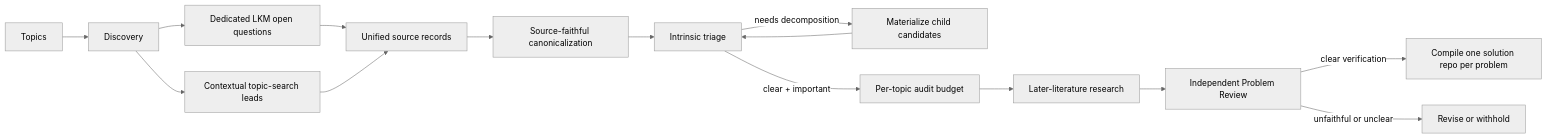
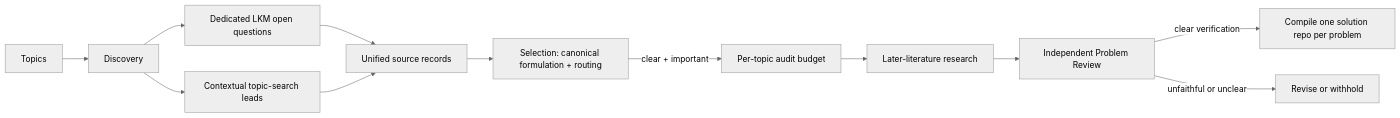
The diagram in docs/discovery-pipeline.md (kunyuan/open-research-discovery), drawn with Mermaid (neutral theme) before and after one commit. The commit also changed other lines of this file and 68 other files, not shown here.

First line of the commit message:
Simplify pipeline: merge stages, drop legacy schema-v1 and unused machinery

````diff
--- a/docs/discovery-pipeline.md
+++ b/docs/discovery-pipeline.md
@@ -8,17 +7,14 @@
 ```mermaid
 flowchart LR
     T["Topics"] --> D["Discovery"]
     D --> L["Dedicated LKM open questions"]
     D --> Q["Contextual topic-search leads"]
     L --> U["Unified source records"]
     Q --> U
-    U --> C["Source-faithful canonicalization"]
-    C --> I["Intrinsic triage"]
-    I -->|"needs decomposition"| S["Materialize child candidates"]
-    S --> I
-    I -->|"clear + important"| B["Per-topic audit budget"]
+    U --> C["Selection: canonical formulation + routing"]
+    C -->|"clear + important"| B["Per-topic audit budget"]
     B --> R["Later-literature research"]
     R --> V["Independent Problem Review"]
     V -->|"clear verification"| G["Compile one solution repo per problem"]
     V -->|"unfaithful or unclear"| X["Revise or withhold"]
 ```
````
